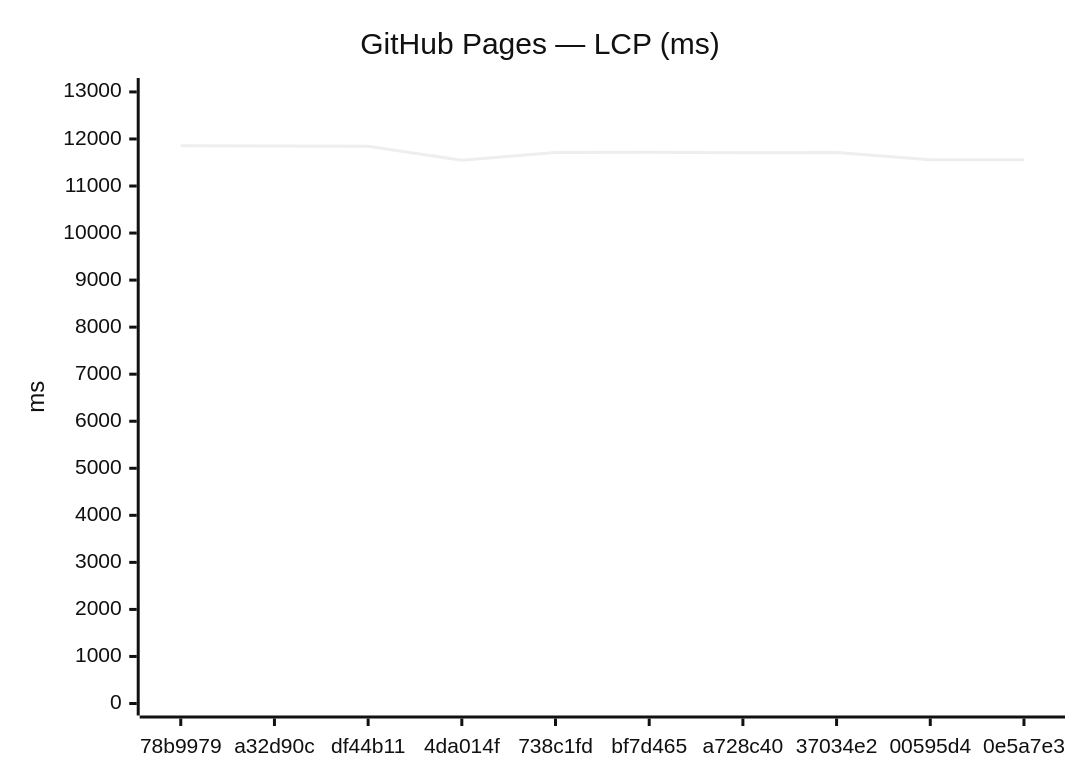
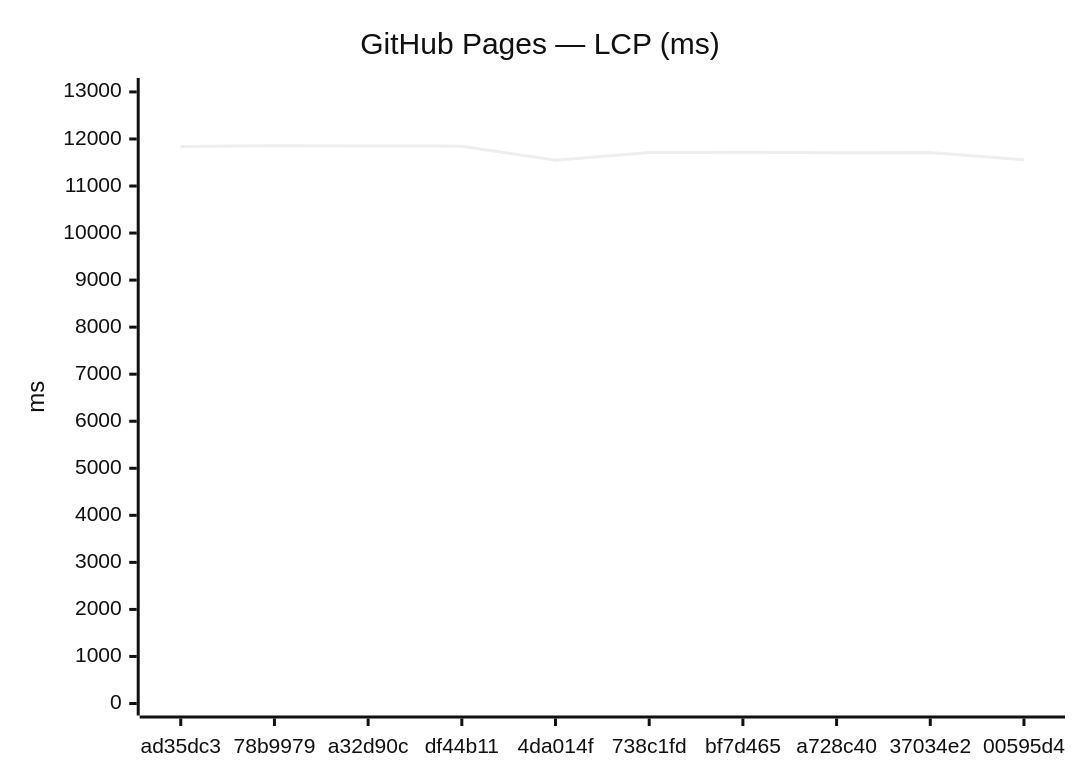
Before and after one commit to Metaheurist/Rianell: the third of 24 diagrams in benchmarks/compare.md, drawn with Mermaid (neutral theme). The commit also changed other lines of this file and 12 other files, not shown here.

````diff
--- a/benchmarks/compare.md
+++ b/benchmarks/compare.md
@@ -54,7 +54,7 @@
 ```mermaid
 xychart-beta
     title "GitHub Pages — LCP (ms)"
-    x-axis ["78b9979", "a32d90c", "df44b11", "4da014f", "738c1fd", "bf7d465", "a728c40", "37034e2", "00595d4", "0e5a7e3"]
+    x-axis ["ad35dc3", "78b9979", "a32d90c", "df44b11", "4da014f", "738c1fd", "bf7d465", "a728c40", "37034e2", "00595d4"]
     y-axis "ms" 0 --> 13041
-    line [11855, 11852, 11847, 11548, 11710, 11718, 11707, 11710, 11560, 11561]
+    line [11838, 11855, 11852, 11847, 11548, 11710, 11718, 11707, 11710, 11560]
 ```
````
